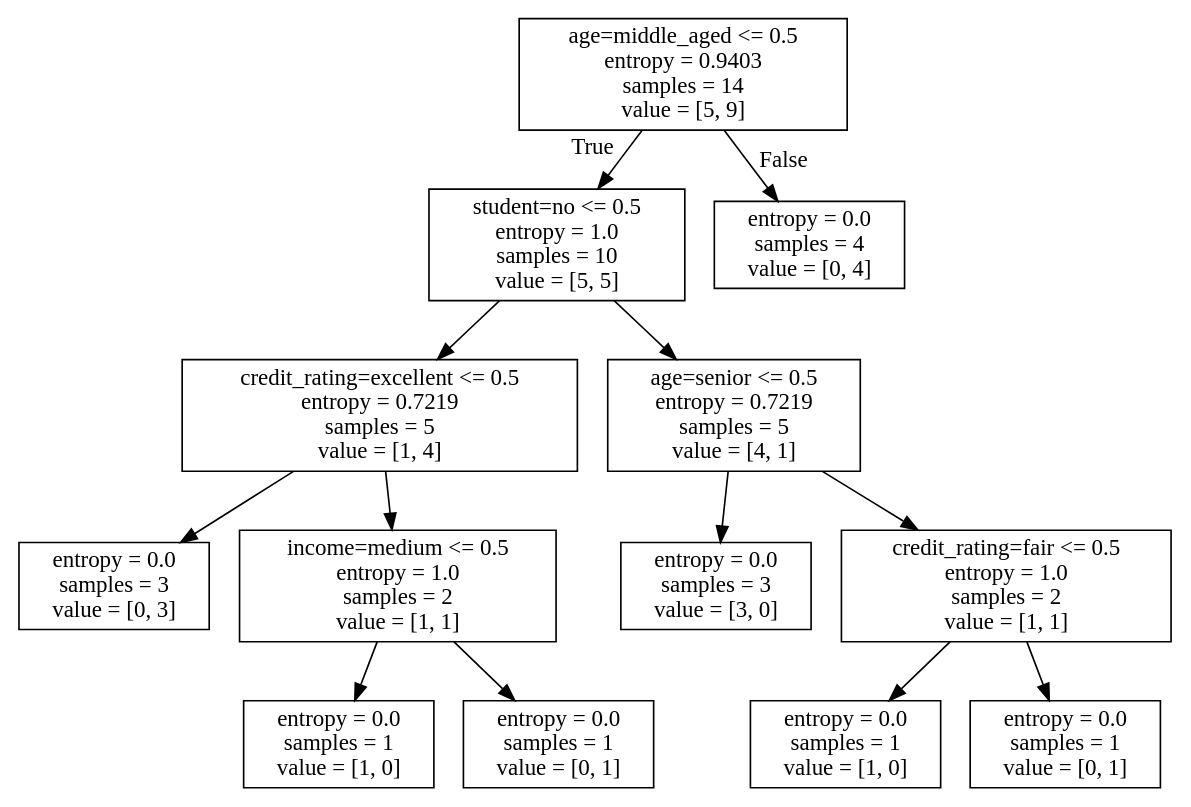
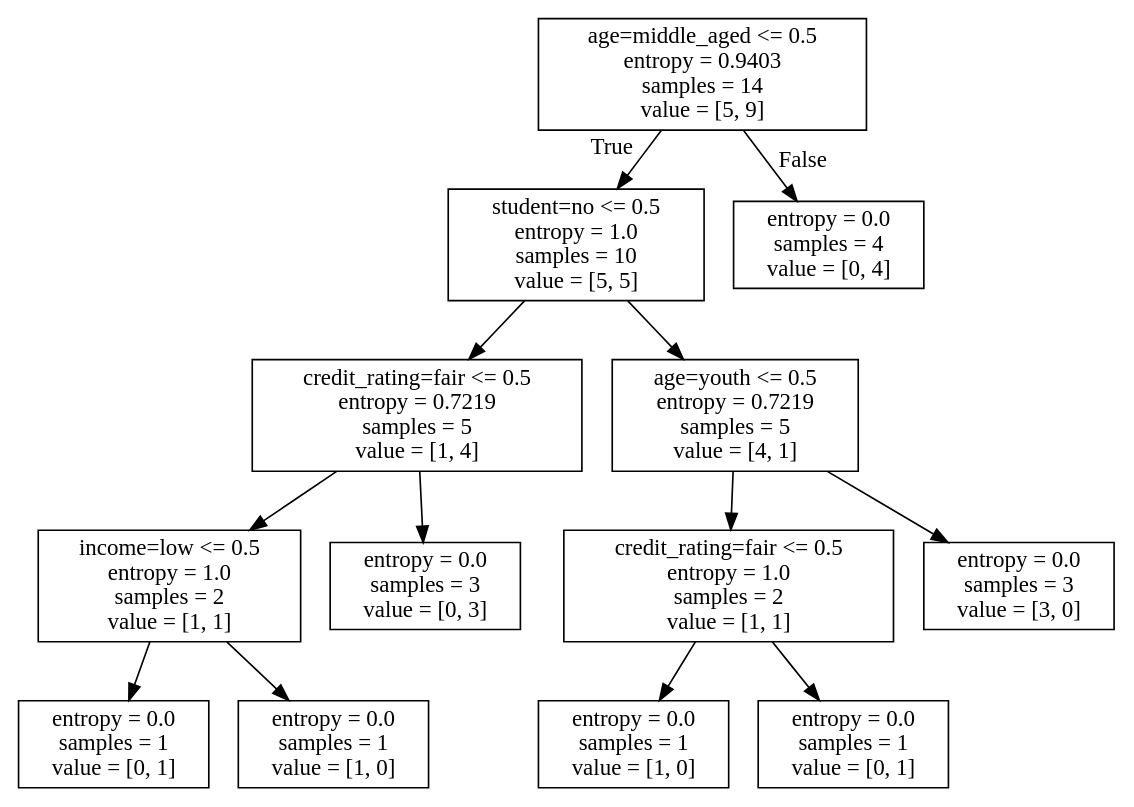
The diagram in DecisionTree/src/decisiontree/allElectronicInformationGain.dot (zhuyuuyuhz/PydevProject), drawn with Graphviz before and after one commit. The commit also changed 1 other file, not shown here.

```diff
--- a/DecisionTree/src/decisiontree/allElectronicInformationGain.dot
+++ b/DecisionTree/src/decisiontree/allElectronicInformationGain.dot
@@ -1,28 +1,28 @@
 digraph Tree {
 node [shape=box] ;
 0 [label="age=middle_aged <= 0.5\nentropy = 0.9403\nsamples = 14\nvalue = [5, 9]"] ;
 1 [label="student=no <= 0.5\nentropy = 1.0\nsamples = 10\nvalue = [5, 5]"] ;
 0 -> 1 [labeldistance=2.5, labelangle=45, headlabel="True"] ;
-2 [label="credit_rating=excellent <= 0.5\nentropy = 0.7219\nsamples = 5\nvalue = [1, 4]"] ;
+2 [label="credit_rating=fair <= 0.5\nentropy = 0.7219\nsamples = 5\nvalue = [1, 4]"] ;
 1 -> 2 ;
-3 [label="entropy = 0.0\nsamples = 3\nvalue = [0, 3]"] ;
+3 [label="income=low <= 0.5\nentropy = 1.0\nsamples = 2\nvalue = [1, 1]"] ;
 2 -> 3 ;
-4 [label="income=medium <= 0.5\nentropy = 1.0\nsamples = 2\nvalue = [1, 1]"] ;
-2 -> 4 ;
+4 [label="entropy = 0.0\nsamples = 1\nvalue = [0, 1]"] ;
+3 -> 4 ;
 5 [label="entropy = 0.0\nsamples = 1\nvalue = [1, 0]"] ;
-4 -> 5 ;
-6 [label="entropy = 0.0\nsamples = 1\nvalue = [0, 1]"] ;
-4 -> 6 ;
-7 [label="age=senior <= 0.5\nentropy = 0.7219\nsamples = 5\nvalue = [4, 1]"] ;
+3 -> 5 ;
+6 [label="entropy = 0.0\nsamples = 3\nvalue = [0, 3]"] ;
+2 -> 6 ;
+7 [label="age=youth <= 0.5\nentropy = 0.7219\nsamples = 5\nvalue = [4, 1]"] ;
 1 -> 7 ;
-8 [label="entropy = 0.0\nsamples = 3\nvalue = [3, 0]"] ;
+8 [label="credit_rating=fair <= 0.5\nentropy = 1.0\nsamples = 2\nvalue = [1, 1]"] ;
 7 -> 8 ;
-9 [label="credit_rating=fair <= 0.5\nentropy = 1.0\nsamples = 2\nvalue = [1, 1]"] ;
-7 -> 9 ;
-10 [label="entropy = 0.0\nsamples = 1\nvalue = [1, 0]"] ;
-9 -> 10 ;
-11 [label="entropy = 0.0\nsamples = 1\nvalue = [0, 1]"] ;
-9 -> 11 ;
+9 [label="entropy = 0.0\nsamples = 1\nvalue = [1, 0]"] ;
+8 -> 9 ;
+10 [label="entropy = 0.0\nsamples = 1\nvalue = [0, 1]"] ;
+8 -> 10 ;
+11 [label="entropy = 0.0\nsamples = 3\nvalue = [3, 0]"] ;
+7 -> 11 ;
 12 [label="entropy = 0.0\nsamples = 4\nvalue = [0, 4]"] ;
 0 -> 12 [labeldistance=2.5, labelangle=-45, headlabel="False"] ;
 }
```
